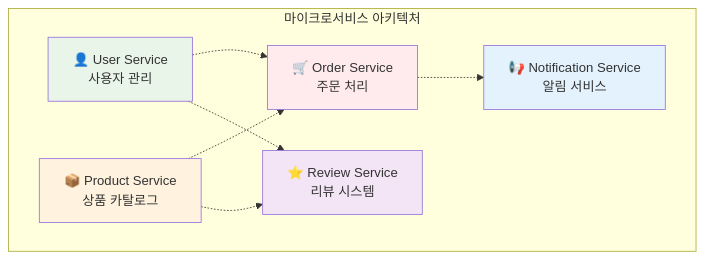
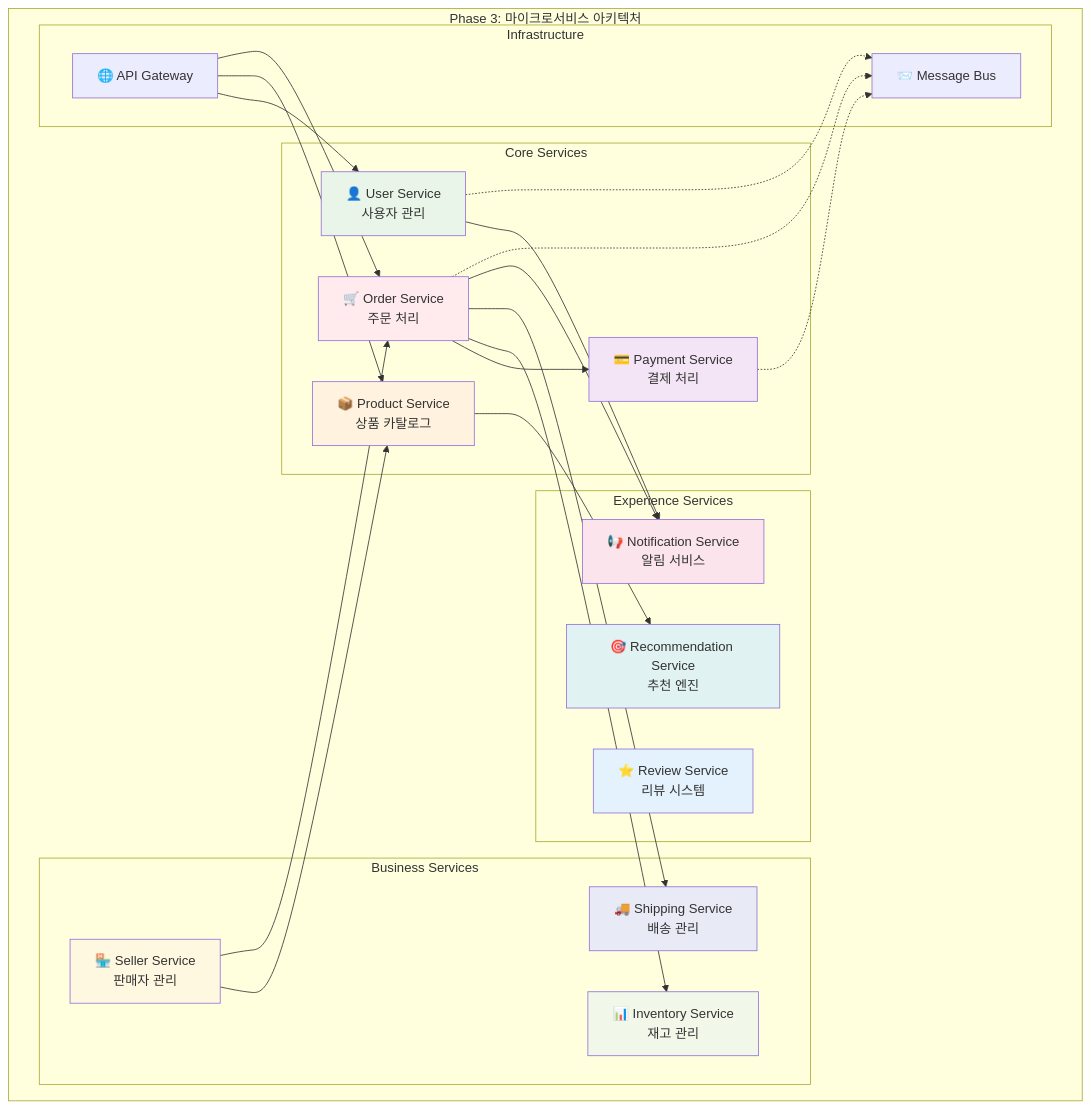
The seventh of 7 diagrams in theory/week_04/day1/session_2.md (niceguy61/kdt_devops_lecture_2025), drawn with Mermaid before and after one commit. The commit also changed other lines of this file and 1 other file, not shown here.

````diff
--- a/theory/week_04/day1/session_2.md
+++ b/theory/week_04/day1/session_2.md
@@ -231,22 +478,58 @@
 ```mermaid
 graph TB
-    subgraph "마이크로서비스 아키텍처"
-        US[👤 User Service<br/>사용자 관리]
-        PS[📦 Product Service<br/>상품 카탈로그]
-        OS[🛒 Order Service<br/>주문 처리]
-        RS[⭐ Review Service<br/>리뷰 시스템]
-        NS[📢 Notification Service<br/>알림 서비스]
+    subgraph "Phase 3: 마이크로서비스 아키텍처"
+        subgraph "Core Services"
+            US[👤 User Service<br/>사용자 관리]
+            PS[📦 Product Service<br/>상품 카탈로그]
+            OS[🛒 Order Service<br/>주문 처리]
+            PayS[💳 Payment Service<br/>결제 처리]
+        end
+        
+        subgraph "Experience Services"
+            RS[⭐ Review Service<br/>리뷰 시스템]
+            NS[📢 Notification Service<br/>알림 서비스]
+            ReS[🎯 Recommendation Service<br/>추천 엔진]
+        end
+        
+        subgraph "Business Services"
+            SS[🏪 Seller Service<br/>판매자 관리]
+            IS[📊 Inventory Service<br/>재고 관리]
+            ShS[🚚 Shipping Service<br/>배송 관리]
+        end
+        
+        subgraph "Infrastructure"
+            APIGW[🌐 API Gateway]
+            MSG[📨 Message Bus]
+        end
     end
     
-    US -.-> OS
-    PS -.-> OS
-    OS -.-> NS
-    PS -.-> RS
-    US -.-> RS
+    APIGW --> US
+    APIGW --> PS
+    APIGW --> OS
+    
+    OS --> PayS
+    OS --> IS
+    OS --> ShS
+    
+    PS --> ReS
+    US --> NS
+    OS --> NS
+    
+    SS --> PS
+    SS --> OS
+    
+    US -.-> MSG
+    OS -.-> MSG
+    PayS -.-> MSG
     
     style US fill:#e8f5e8
     style PS fill:#fff3e0
     style OS fill:#ffebee
-    style RS fill:#f3e5f5
-    style NS fill:#e3f2fd
+    style PayS fill:#f3e5f5
+    style RS fill:#e3f2fd
+    style NS fill:#fce4ec
+    style ReS fill:#e0f2f1
+    style SS fill:#fff8e1
+    style IS fill:#f1f8e9
+    style ShS fill:#e8eaf6
 ```
````
